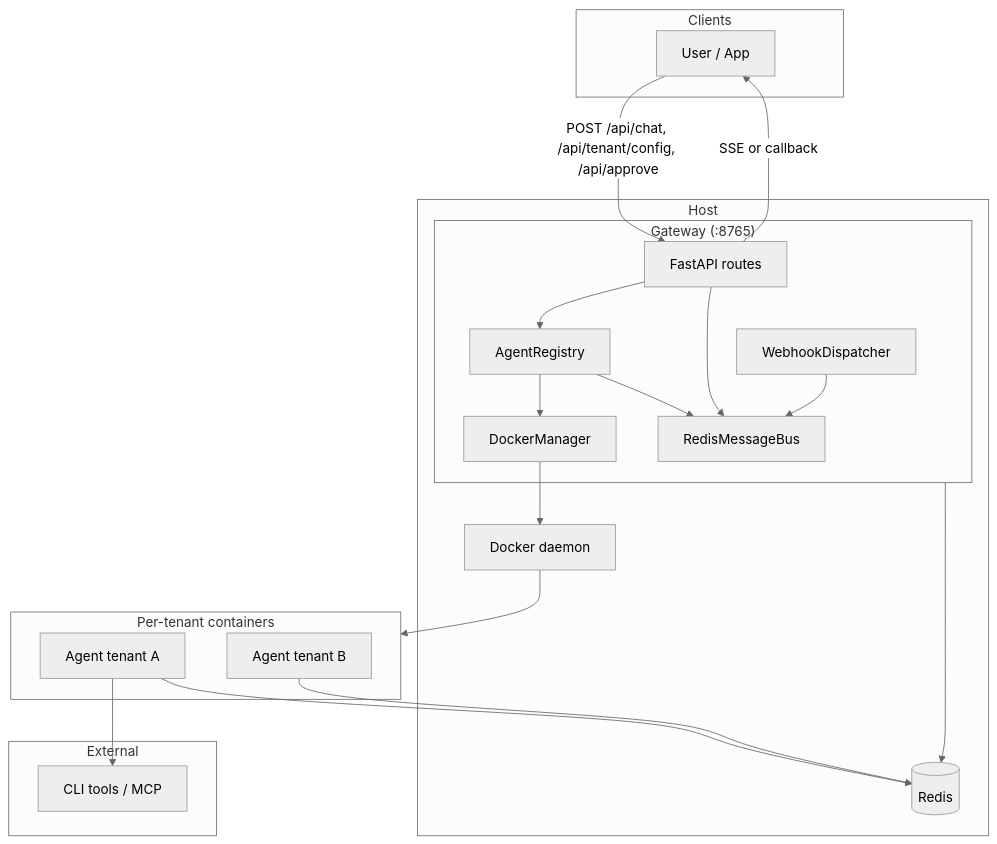
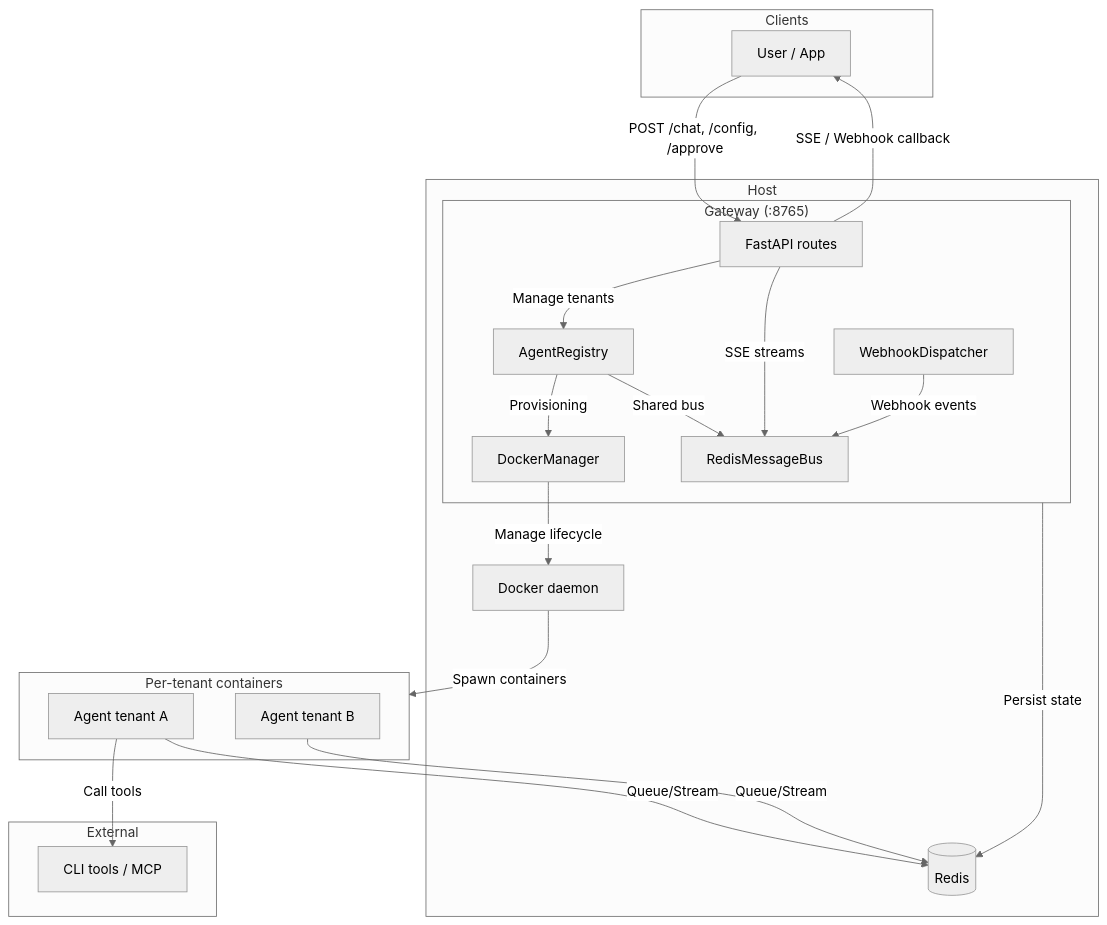
The first of 2 diagrams in README.md (vinit-patel-athena/nanogate), drawn with Mermaid (neutral theme) before and after one commit. The commit also changed other lines of this file, not shown here.

Commit message:
README update

````diff
--- a/README.md
+++ b/README.md
@@ -21,42 +21,42 @@
 ```mermaid
 flowchart TB
     subgraph Client["Clients"]
         User[User / App]
     end
 
     subgraph Host["Host"]
         subgraph Gateway["Gateway (:8765)"]
             API[FastAPI routes]
             DM[DockerManager]
             Reg[AgentRegistry]
             Bus[RedisMessageBus]
             WH[WebhookDispatcher]
-            API --> Reg
-            Reg --> DM
-            Reg --> Bus
-            API --> Bus
-            WH --> Bus
+            API -->|"Manage tenants"| Reg
+            Reg -->|"Provisioning"| DM
+            Reg -->|"Shared bus"| Bus
+            API -->|"SSE streams"| Bus
+            WH -->|"Webhook events"| Bus
         end
 
         Redis[(Redis)]
         Docker[Docker daemon]
-        Gateway --> Redis
+        Gateway -->|"Persist state"| Redis
     end
 
     subgraph Containers["Per-tenant containers"]
         A1[Agent tenant A]
         A2[Agent tenant B]
-        A1 --> Redis
-        A2 --> Redis
+        A1 -->|"Queue/Stream"| Redis
+        A2 -->|"Queue/Stream"| Redis
     end
 
     subgraph Tools["External"]
         CLI[CLI tools / MCP]
     end
 
-    User -->|"POST /api/chat, /api/tenant/config, /api/approve"| API
-    API -->|"SSE or callback"| User
-    DM --> Docker
-    Docker --> Containers
-    A1 --> CLI
+    User -->|"POST /chat, /config, /approve"| API
+    API -->|"SSE / Webhook callback"| User
+    DM -->|"Manage lifecycle"| Docker
+    Docker -->|"Spawn containers"| Containers
+    A1 -->|"Call tools"| CLI
 ```
````
